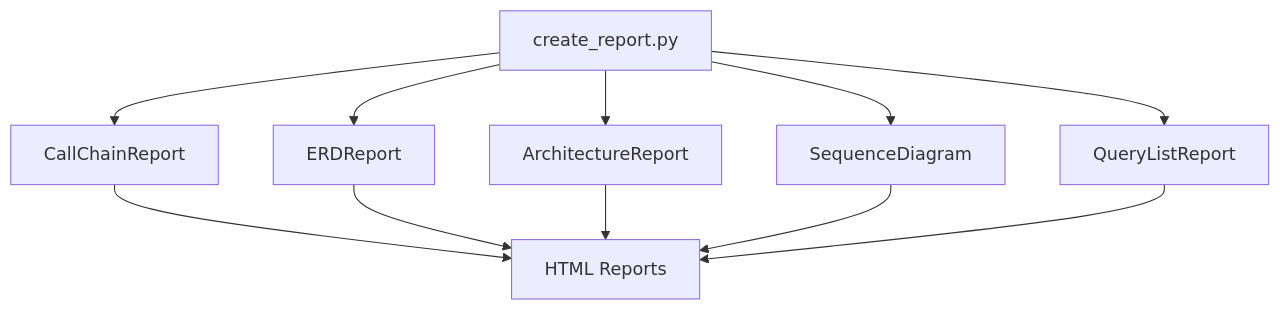
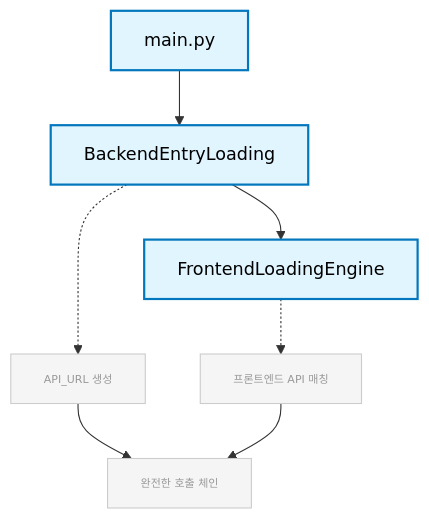
One commit to kumtaek/CreateMetaDb changed the fourth of 4 diagrams in docs/01_시스템_요구사항_정의서.md. Above: the diagram before and after it, drawn with Mermaid. The commit also changed other lines of this file and 33 other files, not shown here.

````diff
--- a/docs/01_시스템_요구사항_정의서.md
+++ b/docs/01_시스템_요구사항_정의서.md
@@ -152,16 +179,18 @@
 ```mermaid
 graph TB
-    A["create_report.py"]
+    A["main.py"]
     
-    A --> B["CallChainReport"]
-    A --> C["ERDReport"]
-    A --> D["ArchitectureReport"]
-    A --> E["SequenceDiagram"]
-    A --> F["QueryListReport"]
+    A --> B["BackendEntryLoading"]
+    B --> C["FrontendLoadingEngine"]
     
-    B --> G["HTML Reports"]
-    C --> G
-    D --> G
-    E --> G
-    F --> G
+    B -.-> D["API_URL 생성"]
+    C -.-> E["프론트엔드 API 매칭"]
+    
+    D --> F["완전한 호출 체인"]
+    E --> F
+    
+    classDef main fill:#e1f5fe,stroke:#0277bd,stroke-width:2px,color:#000
+    classDef util fill:#f5f5f5,stroke:#ccc,stroke-width:1px,color:#999,font-size:10px
+    class A,B,C main
+    class D,E,F util
 ```
````
